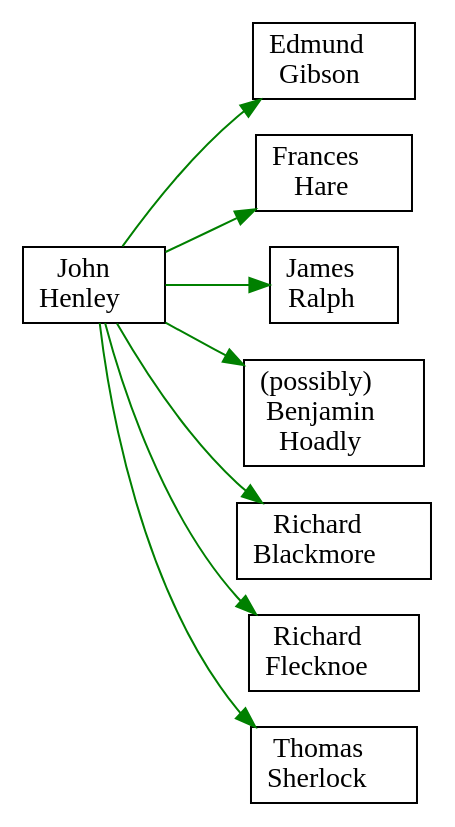
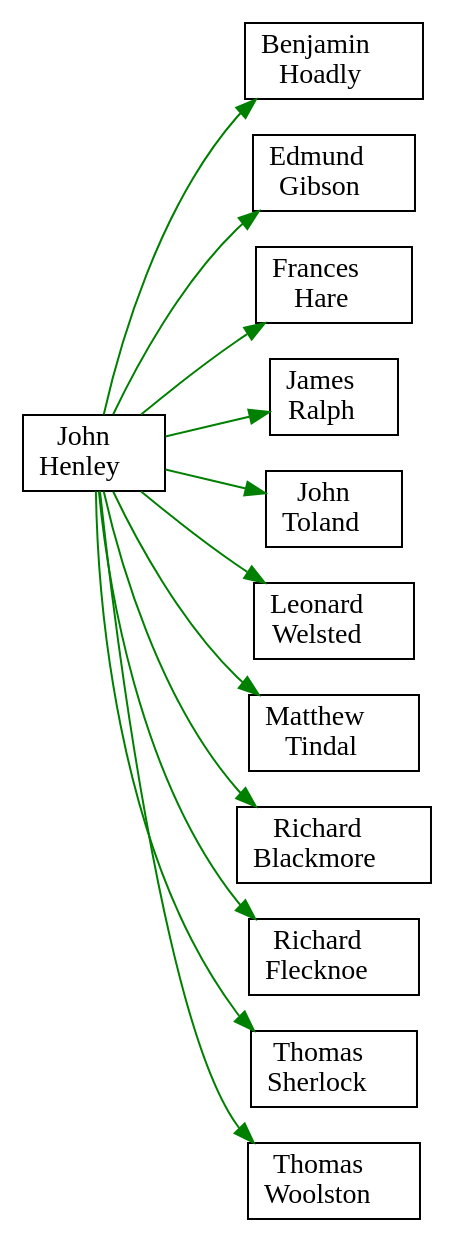
One commit to ontoligent/dunciad changed the diagram in images/JOHN_HENLEY.dot. Above: the diagram before and after it, drawn with Graphviz. The commit also changed 79 other files, not shown here.

```diff
--- a/images/JOHN_HENLEY.dot
+++ b/images/JOHN_HENLEY.dot
@@ -1,19 +1,27 @@
 digraph G {
 rankdir=LR
-node [shape=rect]
+node [shape=rect overlap=false]
+BENJAMIN_HOADLY [label=< Benjamin<br/>Hoadly >]
 EDMUND_GIBSON [label=< Edmund<br/>Gibson >]
 FRANCES_HARE [label=< Frances<br/>Hare >]
 JAMES_RALPH [label=< James<br/>Ralph >]
 JOHN_HENLEY [label=< John<br/>Henley >]
-POSSIBLY_BENJAMIN_HOADLY [label=< (possibly)<br/>Benjamin<br/>Hoadly >]
+JOHN_TOLAND [label=< John<br/>Toland >]
+LEONARD_WELSTED [label=< Leonard<br/>Welsted >]
+MATTHEW_TINDAL [label=< Matthew<br/>Tindal >]
 RICHARD_BLACKMORE [label=< Richard<br/>Blackmore >]
 RICHARD_FLECKNOE [label=< Richard<br/>Flecknoe >]
 THOMAS_SHERLOCK [label=< Thomas<br/>Sherlock >]
+THOMAS_WOOLSTON [label=< Thomas<br/>Woolston >]
+JOHN_HENLEY -> BENJAMIN_HOADLY [color=green weight=1]
 JOHN_HENLEY -> EDMUND_GIBSON [color=green weight=1]
 JOHN_HENLEY -> FRANCES_HARE [color=green weight=1]
 JOHN_HENLEY -> JAMES_RALPH [color=green weight=4]
-JOHN_HENLEY -> POSSIBLY_BENJAMIN_HOADLY [color=green weight=1]
+JOHN_HENLEY -> JOHN_TOLAND [color=green weight=1]
+JOHN_HENLEY -> LEONARD_WELSTED [color=green weight=1]
+JOHN_HENLEY -> MATTHEW_TINDAL [color=green weight=1]
 JOHN_HENLEY -> RICHARD_BLACKMORE [color=green weight=1]
 JOHN_HENLEY -> RICHARD_FLECKNOE [color=green weight=1]
 JOHN_HENLEY -> THOMAS_SHERLOCK [color=green weight=1]
+JOHN_HENLEY -> THOMAS_WOOLSTON [color=green weight=1]
 }
```
